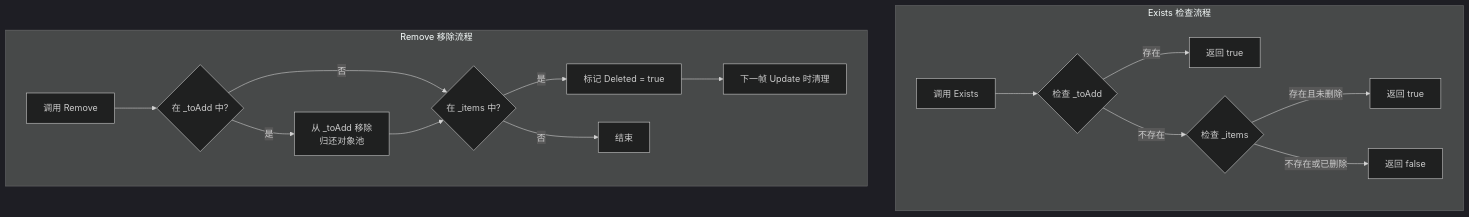
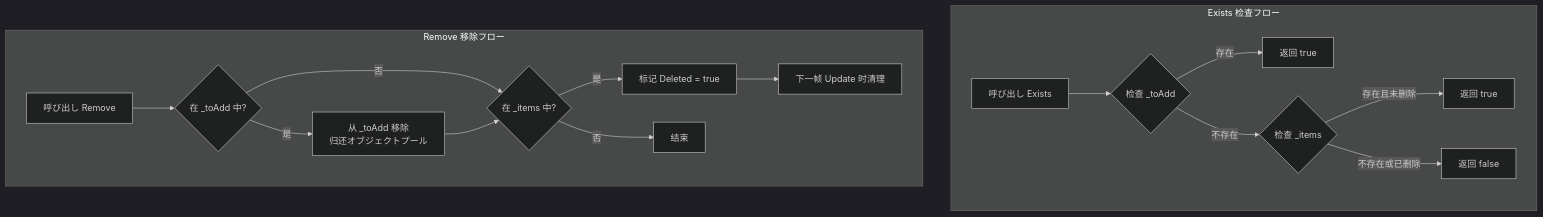
One commit to AlianBlank/GameFrameX.Docs changed the diagram in docs/ja/client/unity/component/timer/11.exists-remove.md. Above: the diagram before and after it, drawn with Mermaid (dark theme). The commit also changed other lines of this file and 603 other files, not shown here.

````diff
--- a/docs/ja/client/unity/component/timer/11.exists-remove.md
+++ b/docs/ja/client/unity/component/timer/11.exists-remove.md
@@ -98,20 +98,20 @@
 ```mermaid
 flowchart TD
-    subgraph Exists流程["Exists 检查流程"]
-        Start1[调用 Exists] --> CheckToAdd{检查 _toAdd}
+    subgraph Existsフロー["Exists 检查フロー"]
+        Start1[呼び出し Exists] --> CheckToAdd{检查 _toAdd}
         CheckToAdd -->|存在| ReturnTrue1[返回 true]
         CheckToAdd -->|不存在| CheckItems{检查 _items}
         CheckItems -->|存在且未删除| ReturnTrue2[返回 true]
         CheckItems -->|不存在或已删除| ReturnFalse[返回 false]
     end
 
-    subgraph Remove流程["Remove 移除流程"]
-        Start2[调用 Remove] --> CheckToAdd2{在 _toAdd 中?}
-        CheckToAdd2 -->|是| RemoveFromToAdd[从 _toAdd 移除<br/>归还对象池]
+    subgraph Removeフロー["Remove 移除フロー"]
+        Start2[呼び出し Remove] --> CheckToAdd2{在 _toAdd 中?}
+        CheckToAdd2 -->|是| RemoveFromToAdd[从 _toAdd 移除<br/>归还オブジェクトプール]
         CheckToAdd2 -->|否| CheckItems2{在 _items 中?}
         RemoveFromToAdd --> CheckItems2
         CheckItems2 -->|是| MarkDeleted[标记 Deleted = true]
         CheckItems2 -->|否| EndRemove[结束]
         MarkDeleted --> Cleanup[下一帧 Update 时清理]
     end
 ```
````
